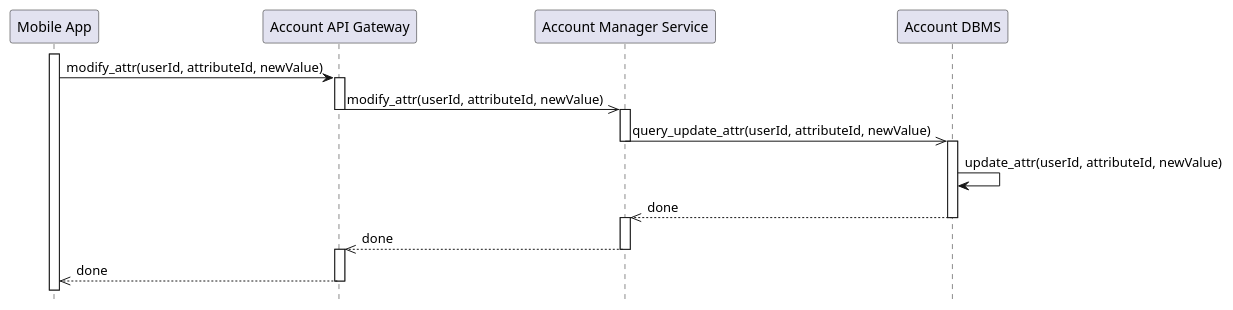
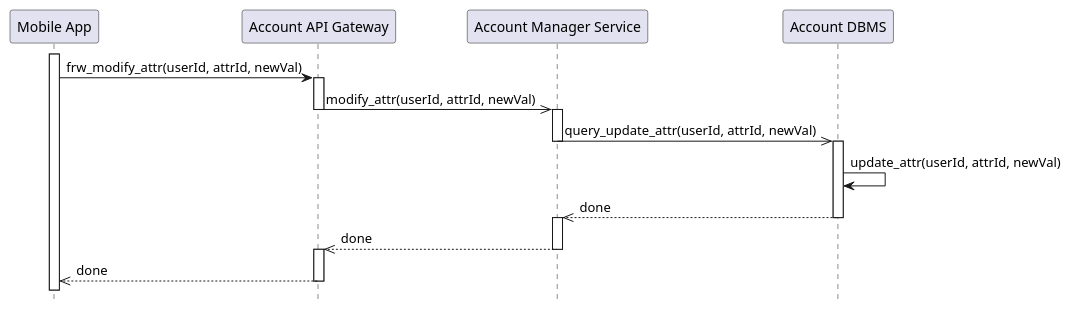
The diagram in diagrams/DD/sequenceDiagram/sd3_account_update.puml (Guflie/PoliMi-SWE2-RDD-project), drawn with PlantUML before and after one commit. The commit also changed 17 other files, not shown here.

```diff
--- a/diagrams/DD/sequenceDiagram/sd3_account_update.puml
+++ b/diagrams/DD/sequenceDiagram/sd3_account_update.puml
@@ -1,28 +1,28 @@
 @startuml sd3_account_update
 ' Refers to UC1
 hide footbox
 
 participant "Mobile App" as app
 participant "Account API Gateway" as aapi
 participant "Account Manager Service" as acmngr
 participant "Account DBMS" as dba
 
 activate app
-app -> aapi : modify_attr(userId, attributeId, newValue)
+app -> aapi : frw_modify_attr(userId, attrId, newVal)
 activate aapi
-aapi ->> acmngr : modify_attr(userId, attributeId, newValue)
+aapi ->> acmngr : modify_attr(userId, attrId, newVal)
 deactivate aapi
 activate acmngr
-acmngr ->> dba : query_update_attr(userId, attributeId, newValue)
+acmngr ->> dba : query_update_attr(userId, attrId, newVal)
 deactivate acmngr
 activate dba
-dba -> dba : update_attr(userId, attributeId, newValue)
+dba -> dba : update_attr(userId, attrId, newVal)
 dba -->> acmngr : done
 deactivate dba
 activate acmngr
 acmngr -->> aapi : done
 deactivate acmngr
 activate aapi
 aapi -->> app : done
 deactivate aapi
 @enduml
```
